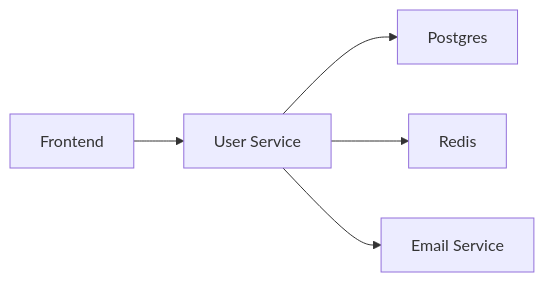
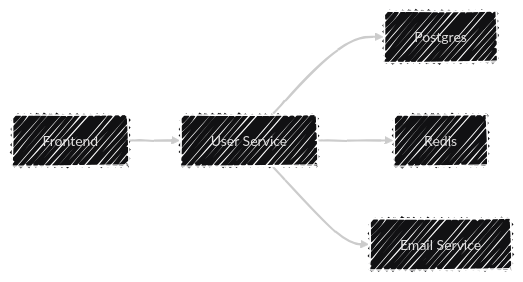
Before and after one commit to hmajid2301/blog: the diagram in content/slides/gophercon-otel/_index.md, drawn with Mermaid. The commit also changed other lines of this file and 8 other files, not shown here.

````diff
--- a/content/slides/gophercon-otel/_index.md
+++ b/content/slides/gophercon-otel/_index.md
@@ -202,7 +210,11 @@
 ```mermaid
-graph LR
-    A[Frontend] --> B[User Service]
-    B --> C[Postgres]
-    B --> D[Redis]
-    B --> E[Email Service]
+---
+config:
+  theme: redux-dark
+  layout: dagre
+  look: handDrawn
+---
+flowchart LR
+    A["Frontend"] --> B["User Service"]
+    B --> C["Postgres"] & D["Redis"] & E["Email Service"]
 ```
````
